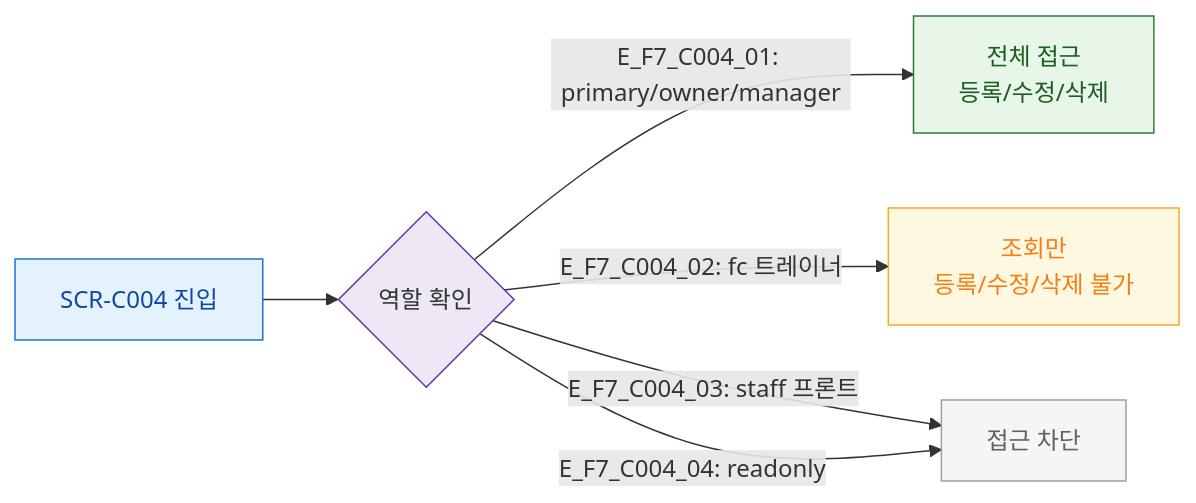
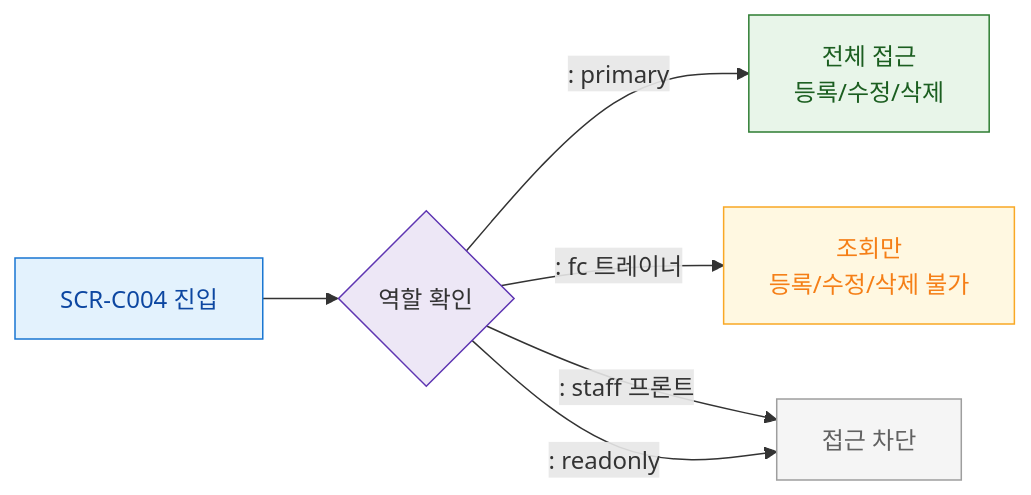
The diagram in docs/다이어그램/D04_수업관리/SCR-C004_그룹수업템플릿/F7_권한.md (dev-spogym/admin-pando), drawn with Mermaid before and after one commit. The commit also changed other lines of this file and 1660 other files, not shown here.

First line of the commit message:
다이어그램: 기획자/클라이언트 납품본으로 정리

````diff
--- a/docs/다이어그램/D04_수업관리/SCR-C004_그룹수업템플릿/F7_권한.md
+++ b/docs/다이어그램/D04_수업관리/SCR-C004_그룹수업템플릿/F7_권한.md
@@ -20,19 +18,19 @@
 ```mermaid
 flowchart LR
   Enter[SCR-C004 진입] --> RoleCheck{역할 확인}
-  RoleCheck -->|"E_F7_C004_01: primary/owner/manager"| FullAccess[전체 접근\n등록/수정/삭제]
-  RoleCheck -->|"E_F7_C004_02: fc 트레이너"| FCAccess[조회만\n등록/수정/삭제 불가]
-  RoleCheck -->|"E_F7_C004_03: staff 프론트"| Blocked[접근 차단]
-  RoleCheck -->|"E_F7_C004_04: readonly"| Blocked
+  RoleCheck -->|": primary"|FullAccess[전체 접근\n등록/수정/삭제]
+  RoleCheck -->|": fc 트레이너"|FCAccess[조회만\n등록/수정/삭제 불가]
+  RoleCheck -->|": staff 프론트"|Blocked[접근 차단]
+  RoleCheck -->|": readonly"|Blocked
 
   classDef screen fill:#E3F2FD,stroke:#1976D2,color:#0D47A1
   classDef system fill:#EDE7F6,stroke:#5E35B2
   classDef success fill:#E8F5E9,stroke:#2E7D32,color:#1B5E20
   classDef warning fill:#FFF8E1,stroke:#F9A825,color:#F57F17
   classDef rbacBlocked fill:#F5F5F5,stroke:#9E9E9E,color:#616161
   class Enter screen
   class RoleCheck system
   class FullAccess success
   class FCAccess warning
   class Blocked rbacBlocked
 ```
````
